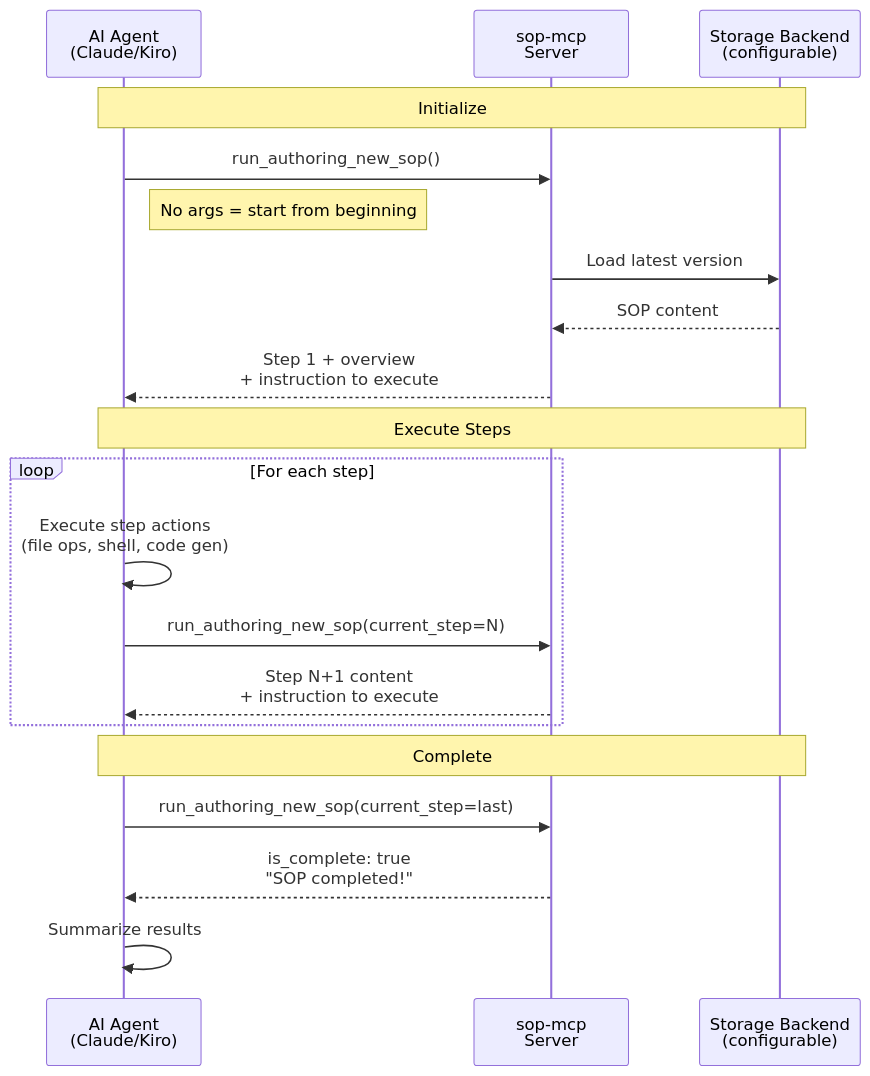
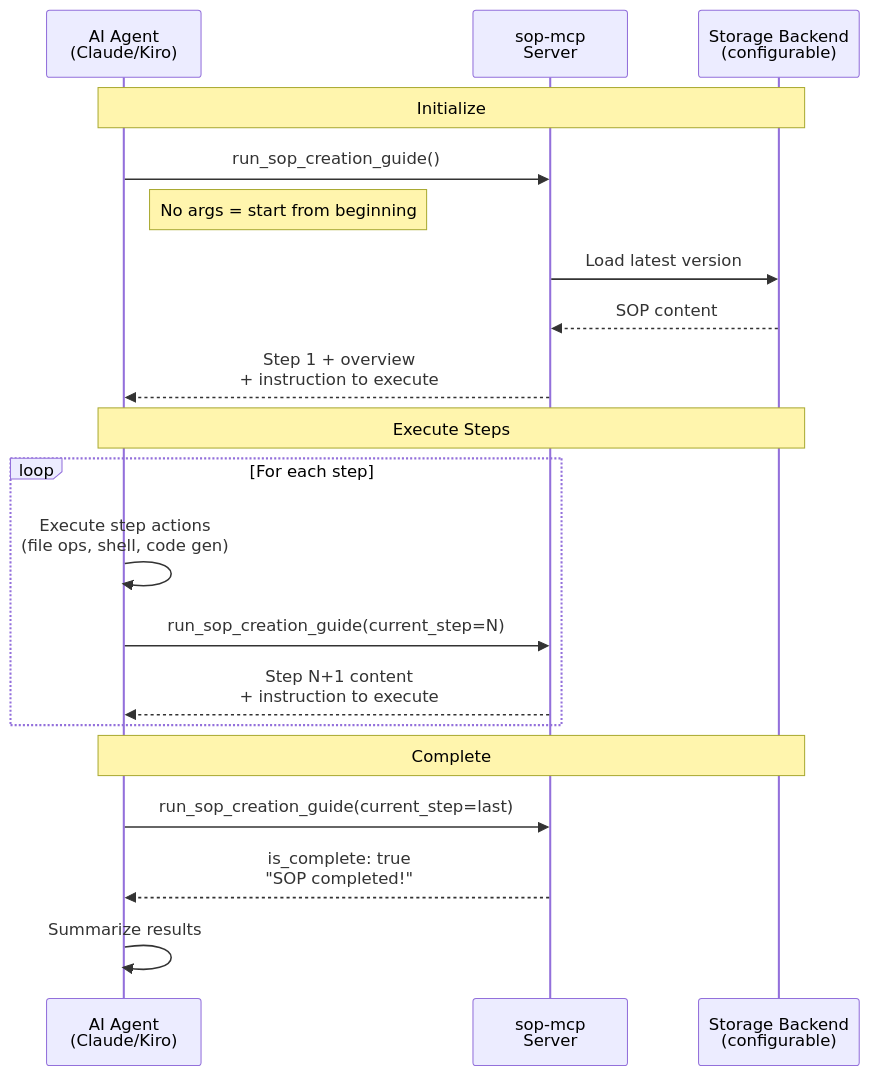
Before and after one commit to ValueArchitectsAI/sop-mcp: the diagram in README.md, drawn with Mermaid. The commit also changed other lines of this file and 10 other files, not shown here.

First line of the commit message:
refactor: rename authoring_new_sop to sop_creation_guide, update README

````diff
--- a/README.md
+++ b/README.md
@@ -7,25 +7,25 @@
 ```mermaid
 sequenceDiagram
     participant Agent as AI Agent<br/>(Claude/Kiro)
     participant Server as sop-mcp<br/>Server
     participant Storage as Storage Backend<br/>(configurable)
 
     Note over Agent,Storage: Initialize
-    Agent->>Server: run_authoring_new_sop()
+    Agent->>Server: run_sop_creation_guide()
     Note right of Agent: No args = start from beginning
     Server->>Storage: Load latest version
     Storage-->>Server: SOP content
     Server-->>Agent: Step 1 + overview<br/>+ instruction to execute
 
     Note over Agent,Storage: Execute Steps
     loop For each step
         Agent->>Agent: Execute step actions<br/>(file ops, shell, code gen)
-        Agent->>Server: run_authoring_new_sop(current_step=N)
+        Agent->>Server: run_sop_creation_guide(current_step=N)
         Server-->>Agent: Step N+1 content<br/>+ instruction to execute
     end
 
     Note over Agent,Storage: Complete
-    Agent->>Server: run_authoring_new_sop(current_step=last)
+    Agent->>Server: run_sop_creation_guide(current_step=last)
     Server-->>Agent: is_complete: true<br/>"SOP completed!"
     Agent->>Agent: Summarize results
 ```
````
